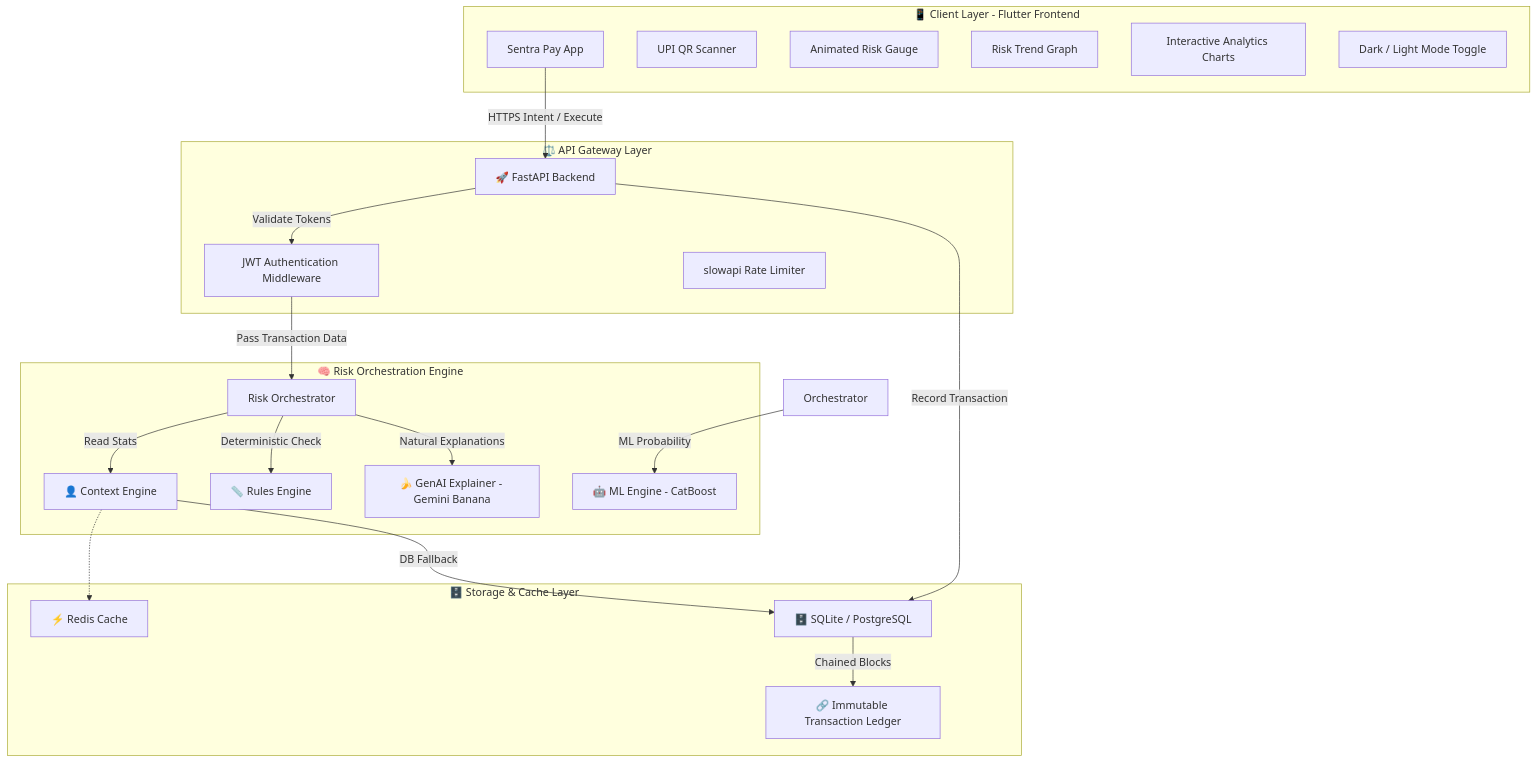
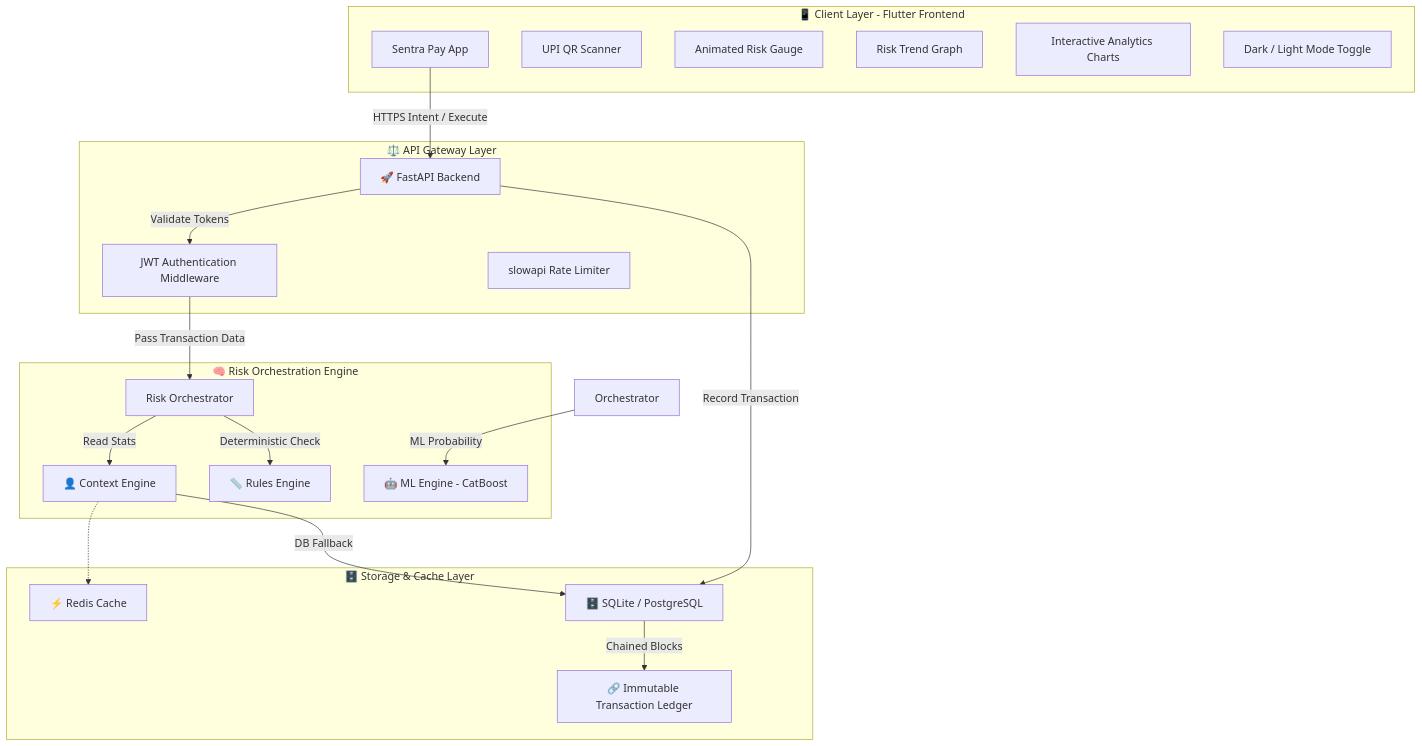
Before and after one commit to Harinath077/Sentra-Pay: the first of 2 diagrams in README.md, drawn with Mermaid. The commit also changed other lines of this file, not shown here.

Commit message:
docs: rename to Sentra Pay and remove Gemini Banana references

````diff
--- a/README.md
+++ b/README.md
@@ -59,47 +58,45 @@
 ```mermaid
 graph TD
     subgraph Client [📱 Client Layer - Flutter Frontend]
         App[Sentra Pay App]
         Scanner[UPI QR Scanner]
         Gauge[Animated Risk Gauge]
         Trend[Risk Trend Graph]
         Charts[Interactive Analytics Charts]
         Theme[Dark / Light Mode Toggle]
     end
 
     subgraph API [⚖️ API Gateway Layer]
         FastAPI[🚀 FastAPI Backend]
         Auth[JWT Authentication Middleware]
         Limiter[slowapi Rate Limiter]
     end
 
     subgraph Core [🧠 Risk Orchestration Engine]
         Orch[Risk Orchestrator]
         Rules[📏 Rules Engine]
         ML[🤖 ML Engine - CatBoost]
-        GenAI[🍌 GenAI Explainer - Gemini Banana]
         Context[👤 Context Engine]
     end
 
     subgraph Storage [🗄️ Storage & Cache Layer]
         Redis[⚡ Redis Cache]
         Postgres[🗄️ SQLite / PostgreSQL]
         Ledger[🔗 Immutable Transaction Ledger]
     end
 
     %% Communications
     App -- "HTTPS Intent / Execute" --> FastAPI
     FastAPI -- "Validate Tokens" --> Auth
     Auth -- "Pass Transaction Data" --> Orch
     
     Orch -- "Read Stats" --> Context
     Context -.-> Redis
     Context -- DB Fallback --> Postgres
     
     Orch -- "Deterministic Check" --> Rules
     Orchestrator -- "ML Probability" --> ML
-    Orch -- "Natural Explanations" --> GenAI
     
     FastAPI -- "Record Transaction" --> Postgres
     Postgres -- "Chained Blocks" --> Ledger
 ```
````
